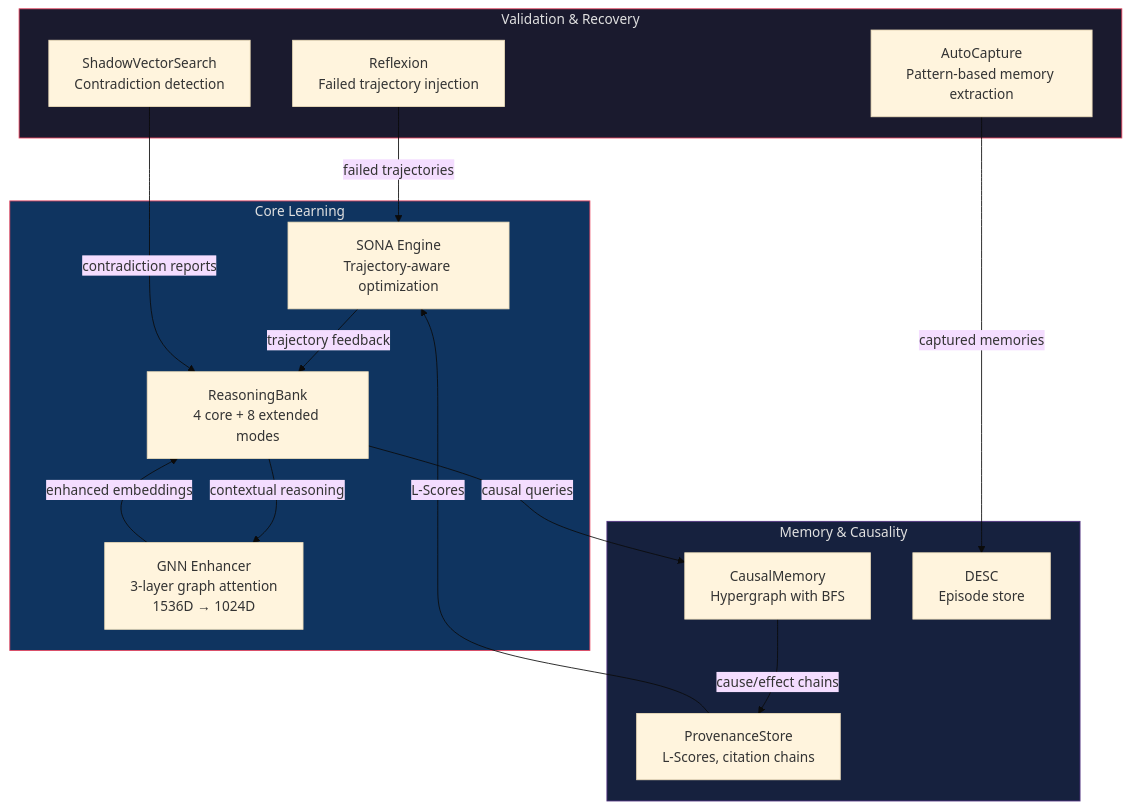
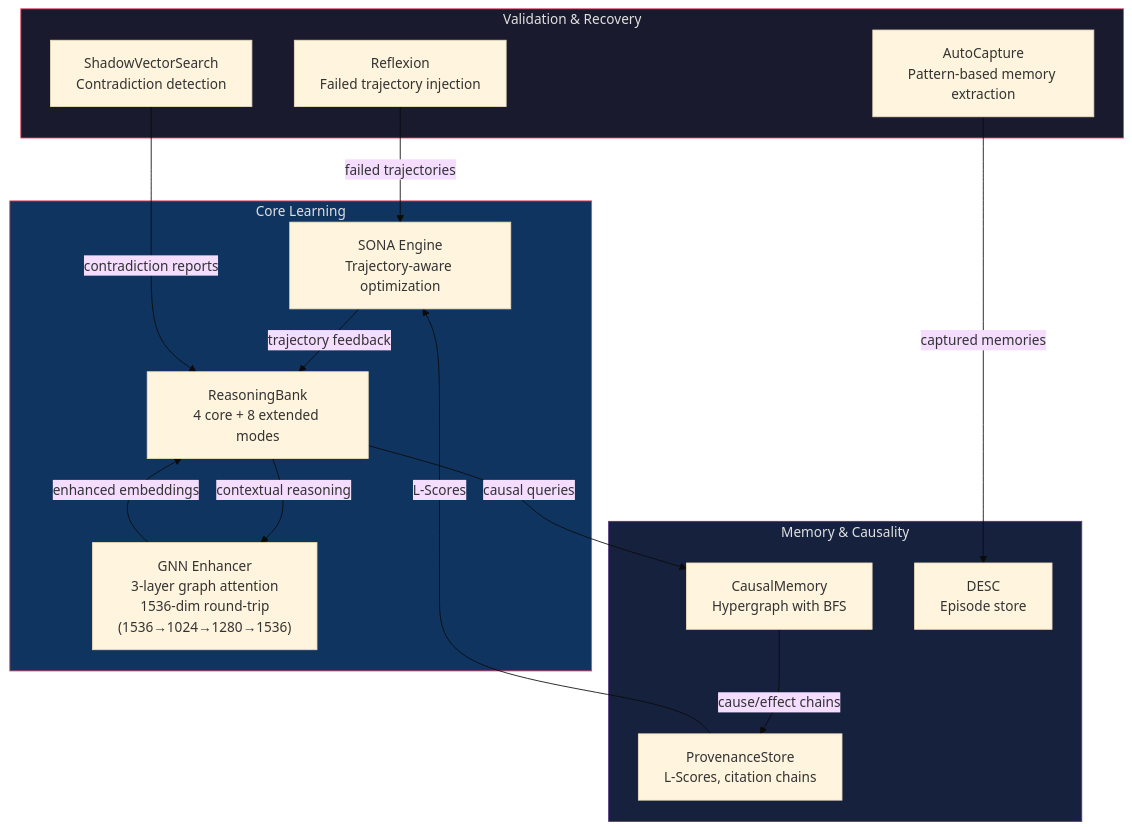
Diagram 14 of 15 in README.md (ste-bah/archon-cli), drawn with Mermaid (base theme) before and after one commit. The commit also changed other lines of this file and 7 other files, not shown here.

````diff
--- a/README.md
+++ b/README.md
@@ -2392,34 +2392,34 @@
 ```mermaid
 graph TD
     subgraph core["Core Learning"]
         SONA["SONA Engine<br/>Trajectory-aware optimization"]
         RB["ReasoningBank<br/>4 core + 8 extended modes"]
-        GNN["GNN Enhancer<br/>3-layer graph attention<br/>1536D → 1024D"]
+        GNN["GNN Enhancer<br/>3-layer graph attention<br/>1536-dim round-trip<br/>(1536→1024→1280→1536)"]
     end
 
     subgraph memory_layer["Memory & Causality"]
         CM["CausalMemory<br/>Hypergraph with BFS"]
         PS["ProvenanceStore<br/>L-Scores, citation chains"]
         DESC["DESC<br/>Episode store"]
     end
 
     subgraph validation["Validation & Recovery"]
         SVS["ShadowVectorSearch<br/>Contradiction detection"]
         REF["Reflexion<br/>Failed trajectory injection"]
         AC["AutoCapture<br/>Pattern-based memory extraction"]
     end
 
     SONA --> |"trajectory feedback"| RB
     RB --> |"contextual reasoning"| GNN
     GNN --> |"enhanced embeddings"| RB
     RB --> |"causal queries"| CM
     CM --> |"cause/effect chains"| PS
     PS --> |"L-Scores"| SONA
     SVS --> |"contradiction reports"| RB
     REF --> |"failed trajectories"| SONA
     AC --> |"captured memories"| DESC
 
     style core fill:#0f3460,stroke:#e94560,color:#e0e0e0
     style memory_layer fill:#16213e,stroke:#533483,color:#e0e0e0
     style validation fill:#1a1a2e,stroke:#e94560,color:#e0e0e0
 ```
````
